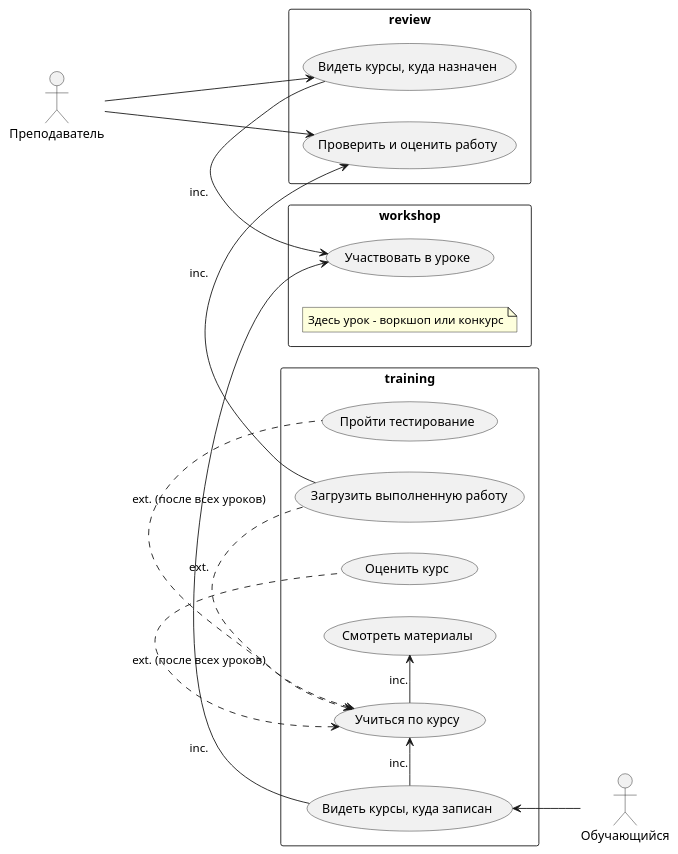
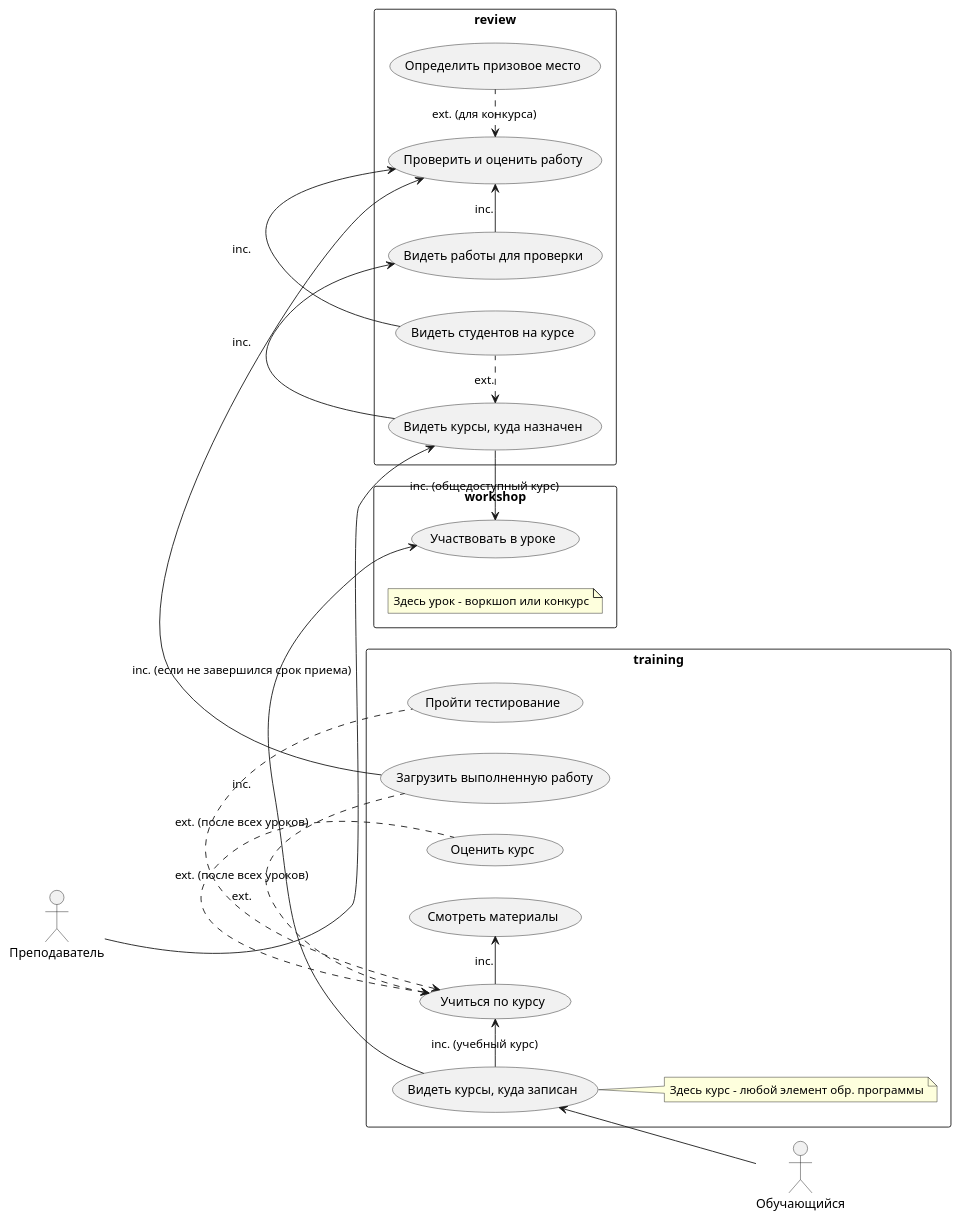
One commit to karpoftea/mts-kata-2023 changed the third of 4 diagrams in docs/requirements/requirements.md. Above: the diagram before and after it, drawn with PlantUML. The commit also changed other lines of this file, not shown here.

````diff
--- a/docs/requirements/requirements.md
+++ b/docs/requirements/requirements.md
@@ -130,42 +133,50 @@
 ```plantuml
 @startuml
 
 left to right direction
 
 actor "Обучающийся" as student
 actor "Преподаватель" as teacher
 
 rectangle workshop {
   usecase "Участвовать в уроке" as UC38
   note "Здесь урок - воркшоп или конкурс" as N32
 }
 
 rectangle training {
   usecase "Видеть курсы, куда записан" as UC31
   usecase "Учиться по курсу" as UC33
   usecase "Пройти тестирование" as UC34
   usecase "Загрузить выполненную работу" as UC35
   usecase "Оценить курс" as UC36
   usecase "Смотреть материалы" as UC39
-
+  note "Здесь курс - любой элемент обр. программы" as N31
 }
 
 rectangle review {
   usecase "Видеть курсы, куда назначен" as UC32
   usecase "Проверить и оценить работу" as UC37
+  usecase "Видеть работы для проверки" as UC40
+  usecase "Видеть студентов на курсе" as UC41
+  usecase "Определить призовое место" as UC42
 }
 
 teacher --> UC32
-teacher --> UC37
 student -up-> UC31
-UC31 -> UC33 : inc.
+UC31 -> UC33 : inc. (учебный курс)
+UC31 -- N31
 UC31 -> UC38 : inc.
-UC32 -> UC38 : inc.
+UC32 -> UC38 : inc. (общедоступный курс)
+UC32 -> UC40 : inc.
+UC32 <. UC41 : ext.
+UC40 -> UC37 : inc.
+UC41 -> UC37 : inc.
 UC33 <. UC34 : ext. (после всех уроков)
 UC33 <. UC35 : ext.
 UC33 <. UC36 : ext. (после всех уроков)
-UC35 -> UC37 : inc.
+UC35 -> UC37 : inc. (если не завершился срок приема)
 UC33 -> UC39 : inc.
+UC37 <. UC42 : ext. (для конкурса)
 
 @enduml
 ```
````
